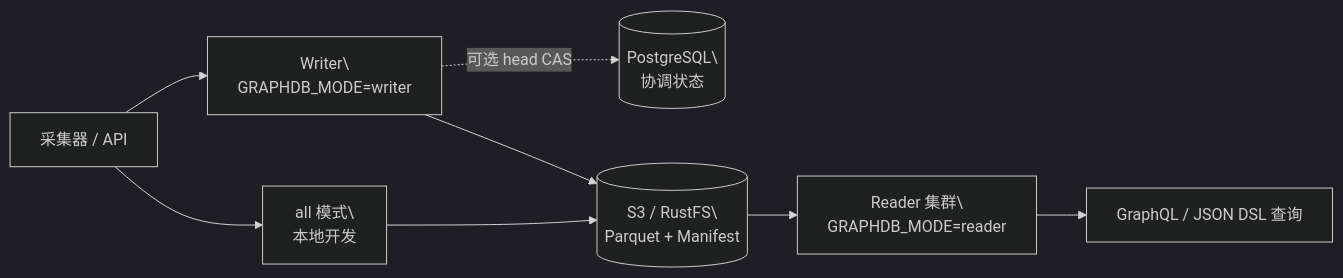
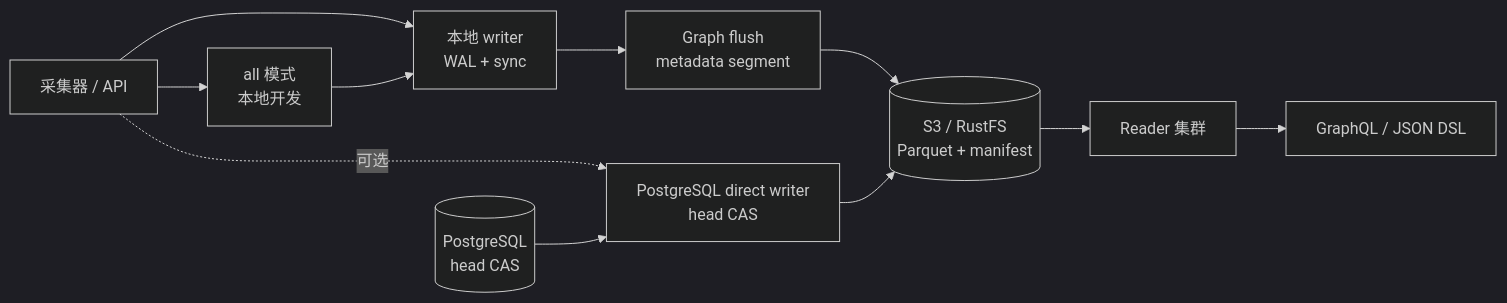
One commit to SamuelSupe/graphdb changed the diagram in README.zh-CN.md. Above: the diagram before and after it, drawn with Mermaid (dark theme). The commit also changed other lines of this file and 55 other files, not shown here.

````diff
--- a/README.zh-CN.md
+++ b/README.zh-CN.md
@@ -36,10 +53,13 @@
 ```mermaid
 flowchart LR
-  A[采集器 / API] --> W[Writer\\nGRAPHDB_MODE=writer]
-  W -. 可选 head CAS .-> P[(PostgreSQL\\n协调状态)]
-  W --> O[(S3 / RustFS\\nParquet + Manifest)]
-  O --> R[Reader 集群\\nGRAPHDB_MODE=reader]
-  R --> Q[GraphQL / JSON DSL 查询]
-  A --> A1[all 模式\\n本地开发]
-  A1 --> O
+  C[采集器 / API] --> W[本地 writer<br/>WAL + sync]
+  W --> M[Graph flush<br/>metadata segment]
+  M --> O[(S3 / RustFS<br/>Parquet + manifest)]
+  O --> R[Reader 集群]
+  R --> Q[GraphQL / JSON DSL]
+  C -. 可选 .-> D[PostgreSQL direct writer<br/>head CAS]
+  P[(PostgreSQL<br/>head CAS)] --> D
+  D --> O
+  C --> A[all 模式<br/>本地开发]
+  A --> W
 ```
````
